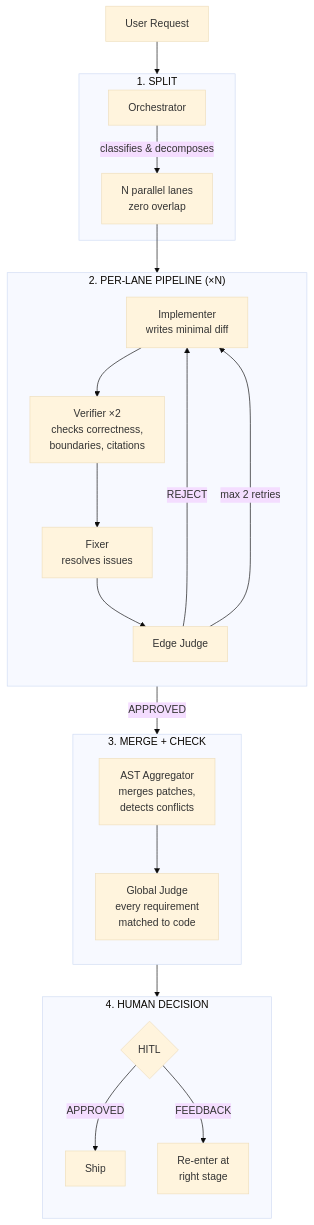
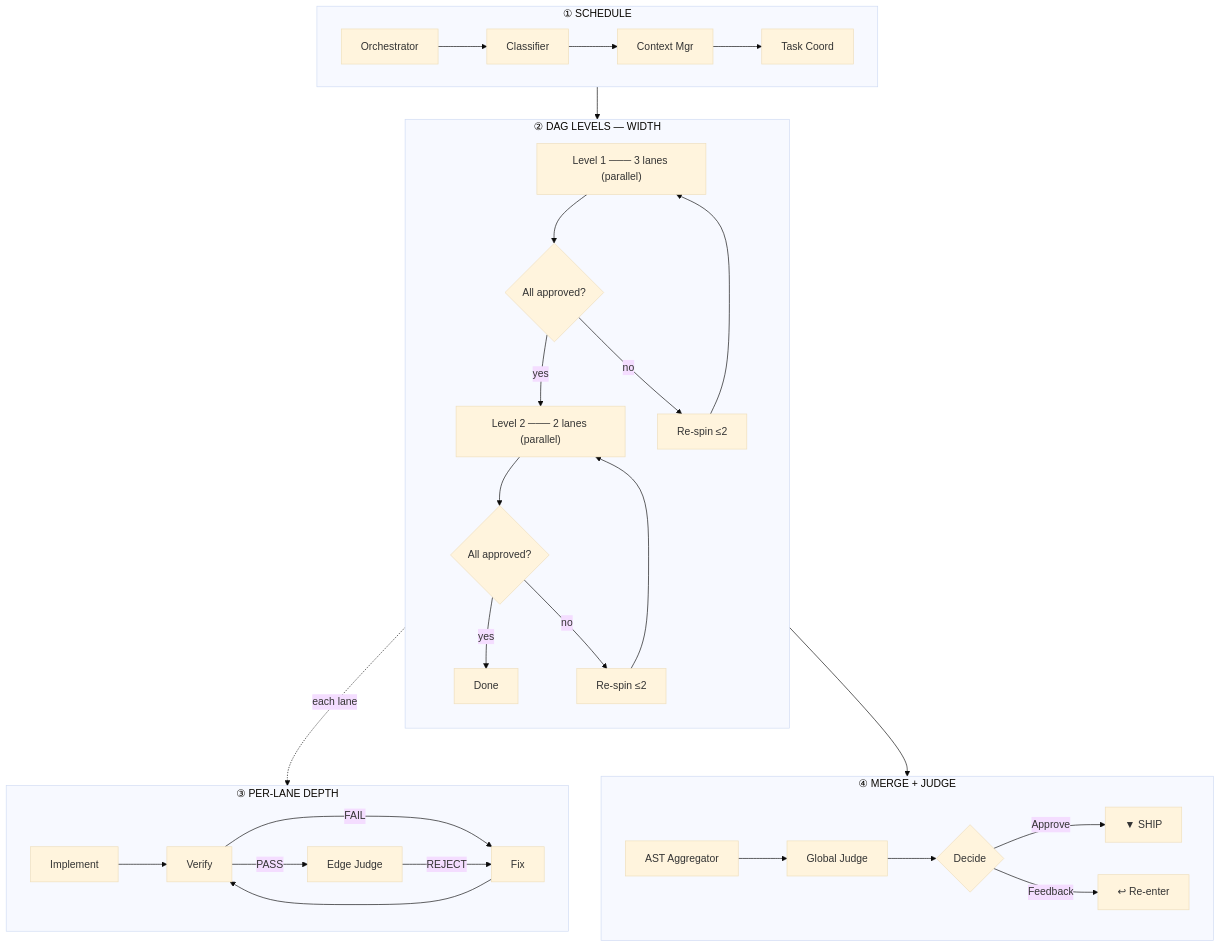
The diagram in README.md (datnguyennnx/nyx), drawn with Mermaid (base theme) before and after one commit. The commit also changed other lines of this file and 21 other files, not shown here.

````diff
--- a/README.md
+++ b/README.md
@@ -20,35 +20,42 @@
 ```mermaid
 flowchart TB
-    User[User Request] --> Split
-
-    subgraph Split["1. SPLIT"]
-        O[Orchestrator] -->|classifies & decomposes| Lanes[N parallel lanes<br/>zero overlap]
+    subgraph Sched["① SCHEDULE"]
+        direction LR
+        O[Orchestrator] --> CL[Classifier] --> CM[Context Mgr] --> TC[Task Coord]
     end
 
-    Lanes --> Pipeline
+    subgraph Levels["② DAG LEVELS — WIDTH"]
+        direction TB
 
-    subgraph Pipeline["2. PER-LANE PIPELINE (×N)"]
-        direction TB
-        I[Implementer<br/>writes minimal diff] --> V[Verifier ×2<br/>checks correctness,<br/>boundaries, citations]
-        V --> F[Fixer<br/>resolves issues]
-        F --> EJ[Edge Judge]
-        EJ -->|REJECT| I
-        EJ -->|max 2 retries| I
+        L1["Level 1 ─── 3 lanes (parallel)"]
+        L2["Level 2 ─── 2 lanes (parallel)"]
+
+        L1 --> L1Gate{All approved?}
+        L1Gate -->|yes| L2
+        L1Gate -->|no| L1Rs[Re-spin ≤2] --> L1
+
+        L2 --> L2Gate{All approved?}
+        L2Gate -->|yes| Done
+        L2Gate -->|no| L2Rs[Re-spin ≤2] --> L2
     end
 
-    Pipeline -->|APPROVED| Merge
-
-    subgraph Merge["3. MERGE + CHECK"]
-        direction TB
-        AA[AST Aggregator<br/>merges patches,<br/>detects conflicts] --> GJ[Global Judge<br/>every requirement<br/>matched to code]
+    subgraph PerLane["③ PER-LANE DEPTH"]
+        direction LR
+        I[Implement] --> V[Verify]
+        V -->|FAIL| F[Fix]
+        F --> V
+        V -->|PASS| EJ[Edge Judge]
+        EJ -->|REJECT| F
     end
 
-    Merge --> Human
+    subgraph Gate["④ MERGE + JUDGE"]
+        direction LR
+        AA[AST Aggregator] --> GJ[Global Judge] --> HITL{Decide}
+        HITL -->|Approve| Ship[▼ SHIP]
+        HITL -->|Feedback| Re[↩ Re-enter]
+    end
 
-    subgraph Human["4. HUMAN DECISION"]
-        direction TB
-        H{HITL}
-        H -->|APPROVED| Ship[Ship]
-        H -->|FEEDBACK| Reenter[Re-enter at<br/>right stage]
-    end
+    Sched --> Levels
+    Levels -.->|each lane| PerLane
+    Done --> Gate
 ```
````
